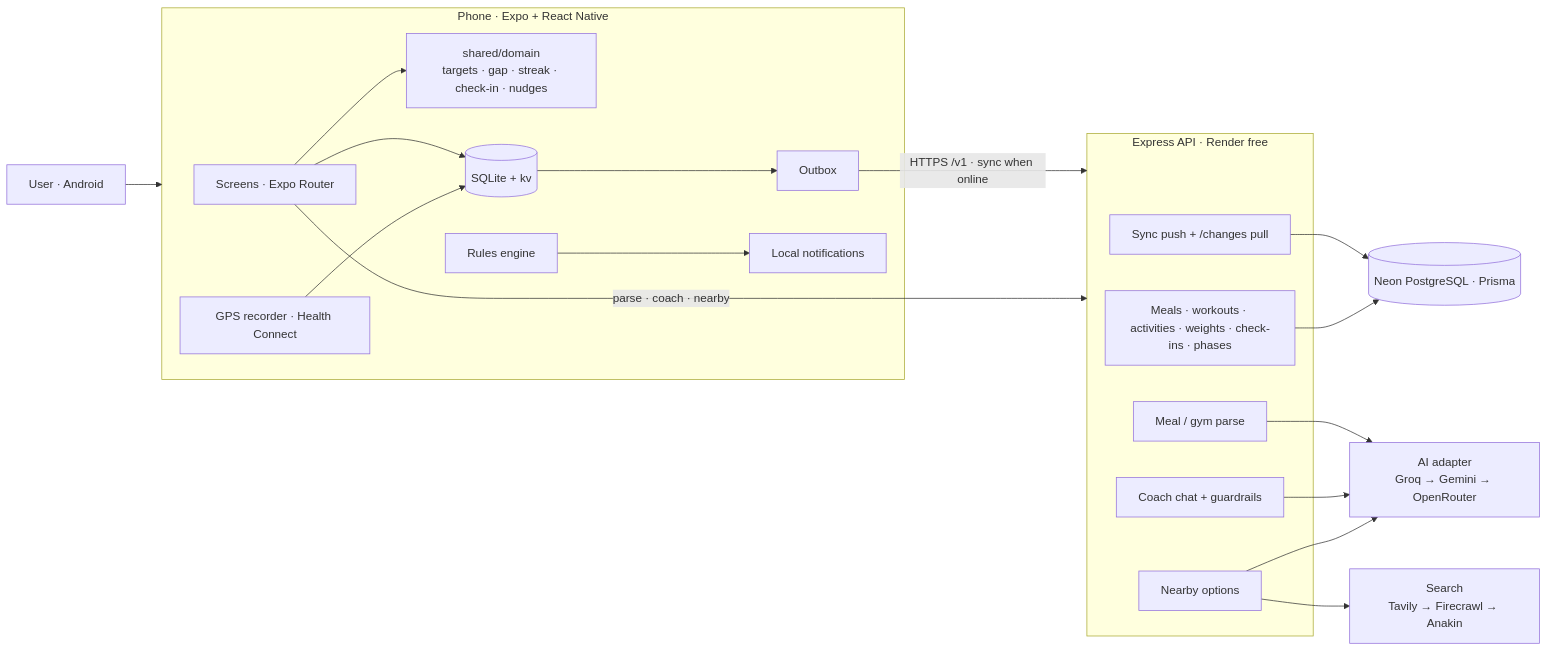
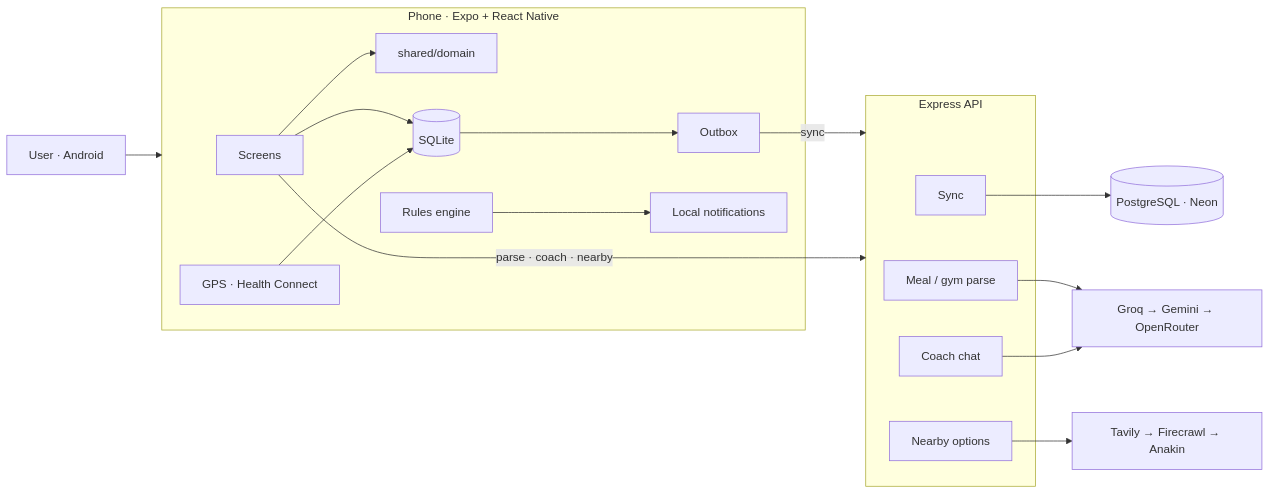
Before and after one commit to taralshah09/zorka: the diagram in README.md, drawn with Mermaid. The commit also changed other lines of this file, not shown here.

Commit message:
docs: rewrite README with intro, tech stack tiles and roadmap

````diff
--- a/README.md
+++ b/README.md
@@ -108,26 +69,23 @@
 ```mermaid
 flowchart LR
   U[User · Android] --> APP
   subgraph APP[Phone · Expo + React Native]
-    S[Screens · Expo Router] --> D[shared/domain<br/>targets · gap · streak · check-in · nudges]
-    S --> DB[(SQLite + kv)]
+    S[Screens] --> D[shared/domain]
+    S --> DB[(SQLite)]
     DB --> O[Outbox]
     R[Rules engine] --> N[Local notifications]
-    G[GPS recorder · Health Connect] --> DB
+    G[GPS · Health Connect] --> DB
   end
-  O -- HTTPS /v1 · sync when online --> API
+  O -- sync --> API
   S -- parse · coach · nearby --> API
-  subgraph API[Express API · Render free]
-    SY[Sync push + /changes pull]
+  subgraph API[Express API]
+    SY[Sync]
     P[Meal / gym parse]
-    C[Coach chat + guardrails]
+    C[Coach chat]
     NB[Nearby options]
-    L[Meals · workouts · activities · weights · check-ins · phases]
   end
-  SY --> PG[(Neon PostgreSQL · Prisma)]
-  L --> PG
-  P --> AI[AI adapter<br/>Groq → Gemini → OpenRouter]
+  SY --> PG[(PostgreSQL · Neon)]
+  P --> AI[Groq → Gemini → OpenRouter]
   C --> AI
-  NB --> SR[Search<br/>Tavily → Firecrawl → Anakin]
-  NB --> AI
+  NB --> SR[Tavily → Firecrawl → Anakin]
 ```
````
